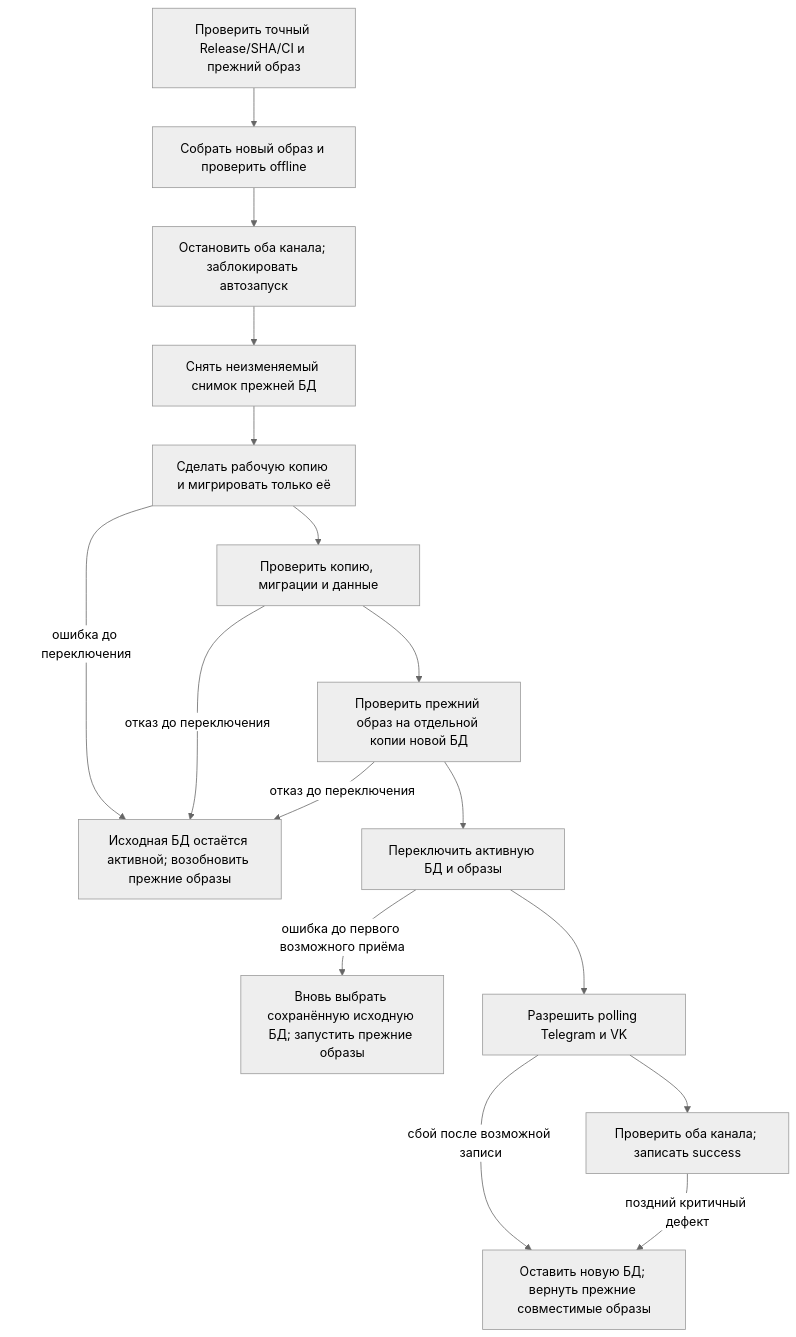
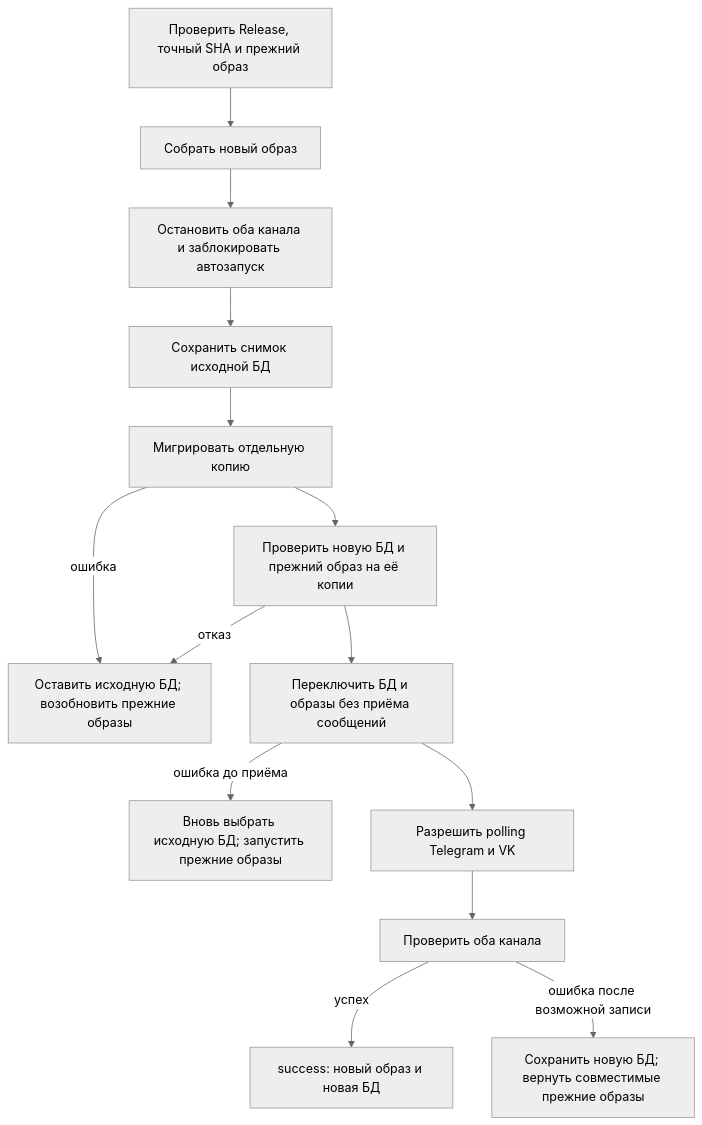
One commit to karateka-git/compadre-assistant changed the second of 2 diagrams in docs/ci-release-review/PLAN.md. Above: the diagram before and after it, drawn with Mermaid (neutral theme). The commit also changed other lines of this file, not shown here.

````diff
--- a/docs/ci-release-review/PLAN.md
+++ b/docs/ci-release-review/PLAN.md
@@ -140,18 +70,16 @@
 ```mermaid
 flowchart TD
-    A[Проверить точный Release/SHA/CI и прежний образ] --> B[Собрать новый образ и проверить offline]
-    B --> C[Остановить оба канала; заблокировать автозапуск]
-    C --> D[Снять неизменяемый снимок прежней БД]
-    D --> E[Сделать рабочую копию и мигрировать только её]
-    E -->|ошибка до переключения| OLD["Исходная БД остаётся активной; возобновить прежние образы"]
-    E --> F[Проверить копию, миграции и данные]
-    F -->|отказ до переключения| OLD
-    F --> G[Проверить прежний образ на отдельной копии новой БД]
-    G -->|отказ до переключения| OLD
-    G --> H[Переключить активную БД и образы]
-    H -->|ошибка до первого возможного приёма| SWITCHBACK["Вновь выбрать сохранённую исходную БД; запустить прежние образы"]
-    H --> I[Разрешить polling Telegram и VK]
-    I --> J[Проверить оба канала; записать success]
-    I -->|сбой после возможной записи| PREV[Оставить новую БД; вернуть прежние совместимые образы]
-    J -->|поздний критичный дефект| PREV
+    A[Проверить Release, точный SHA и прежний образ] --> B[Собрать новый образ]
+    B --> C[Остановить оба канала и заблокировать автозапуск]
+    C --> D[Сохранить снимок исходной БД]
+    D --> E[Мигрировать отдельную копию]
+    E -->|ошибка| OLD[Оставить исходную БД; возобновить прежние образы]
+    E --> F[Проверить новую БД и прежний образ на её копии]
+    F -->|отказ| OLD
+    F --> G[Переключить БД и образы без приёма сообщений]
+    G -->|ошибка до приёма| BACK[Вновь выбрать исходную БД; запустить прежние образы]
+    G --> H[Разрешить polling Telegram и VK]
+    H --> I[Проверить оба канала]
+    I -->|успех| OK[success: новый образ и новая БД]
+    I -->|ошибка после возможной записи| RET[Сохранить новую БД; вернуть совместимые прежние образы]
 ```
````
